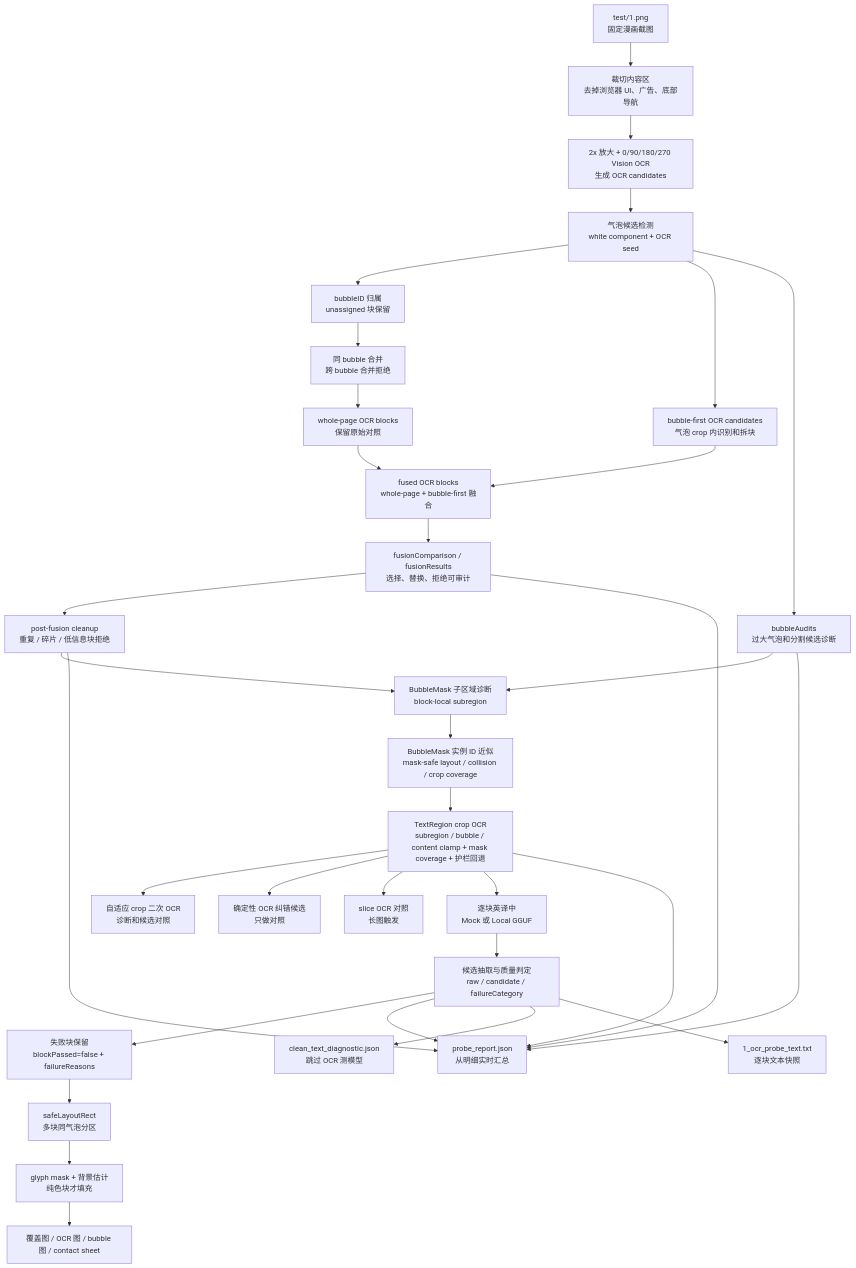
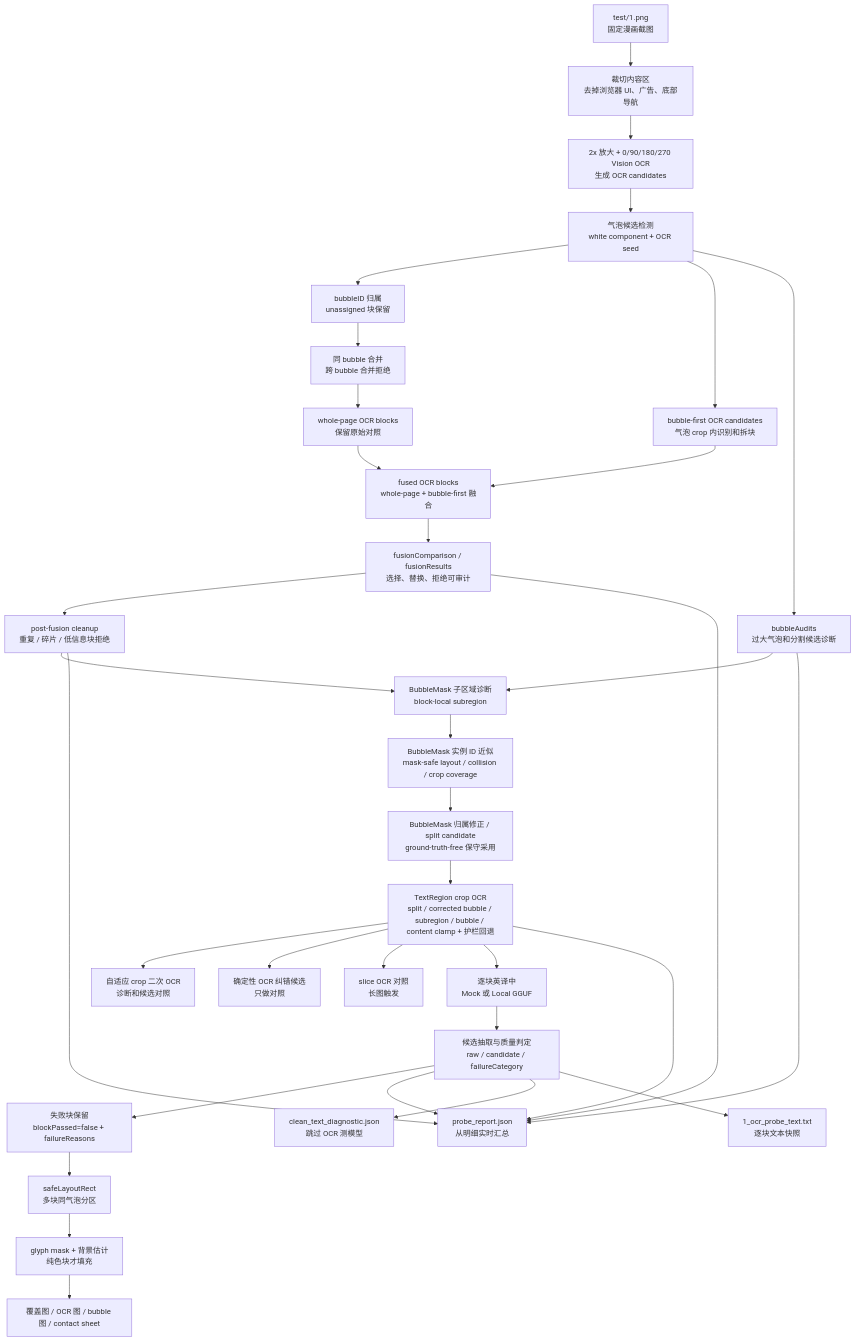
Before and after one commit to bengzhu/project1_lgbt_naxida: the second of 3 diagrams in md/flow/flowchart.md, drawn with Mermaid. The commit also changed 11 other files, not shown here.

````diff
--- a/md/flow/flowchart.md
+++ b/md/flow/flowchart.md
@@ -48,44 +48,45 @@
 ```mermaid
 flowchart TD
   %% 输入：固定 bundle 素材
   A["test/1.png<br/>固定漫画截图"] --> B["裁切内容区<br/>去掉浏览器 UI、广告、底部导航"]
 
   %% OCR：整页与气泡候选
   B --> C["2x 放大 + 0/90/180/270 Vision OCR<br/>生成 OCR candidates"]
   C --> D["气泡候选检测<br/>white component + OCR seed"]
   D --> E["bubbleID 归属<br/>unassigned 块保留"]
   E --> F["同 bubble 合并<br/>跨 bubble 合并拒绝"]
   F --> W["whole-page OCR blocks<br/>保留原始对照"]
   D --> J["bubble-first OCR candidates<br/>气泡 crop 内识别和拆块"]
   W --> G["fused OCR blocks<br/>whole-page + bubble-first 融合"]
   J --> G
   G --> X["fusionComparison / fusionResults<br/>选择、替换、拒绝可审计"]
   X --> Y["post-fusion cleanup<br/>重复 / 碎片 / 低信息块拒绝"]
   Y --> U["BubbleMask 子区域诊断<br/>block-local subregion"]
   U --> BM["BubbleMask 实例 ID 近似<br/>mask-safe layout / collision / crop coverage"]
-  BM --> V["TextRegion crop OCR<br/>subregion / bubble / content clamp + mask coverage + 护栏回退"]
+  BM --> BA["BubbleMask 归属修正 / split candidate<br/>ground-truth-free 保守采用"]
+  BA --> V["TextRegion crop OCR<br/>split / corrected bubble / subregion / bubble / content clamp + 护栏回退"]
   D --> Z["bubbleAudits<br/>过大气泡和分割候选诊断"]
   Z --> U
 
   %% 诊断旁路：不替代主流程
   V --> H["自适应 crop 二次 OCR<br/>诊断和候选对照"]
   V --> I["确定性 OCR 纠错候选<br/>只做对照"]
   V --> K["slice OCR 对照<br/>长图触发"]
 
   %% 翻译：逐块主路径
   V --> L["逐块英译中<br/>Mock 或 Local GGUF"]
   L --> M["候选抽取与质量判定<br/>raw / candidate / failureCategory"]
   M --> N["失败块保留<br/>blockPassed=false + failureReasons"]
 
   %% 报告和渲染
   N --> O["safeLayoutRect<br/>多块同气泡分区"]
   O --> P["glyph mask + 背景估计<br/>纯色块才填充"]
   P --> Q["覆盖图 / OCR 图 / bubble 图 / contact sheet"]
   M --> R["probe_report.json<br/>从明细实时汇总"]
   X --> R
   Y --> R
   V --> R
   Z --> R
   M --> S["clean_text_diagnostic.json<br/>跳过 OCR 测模型"]
   M --> T["1_ocr_probe_text.txt<br/>逐块文本快照"]
 ```
````
